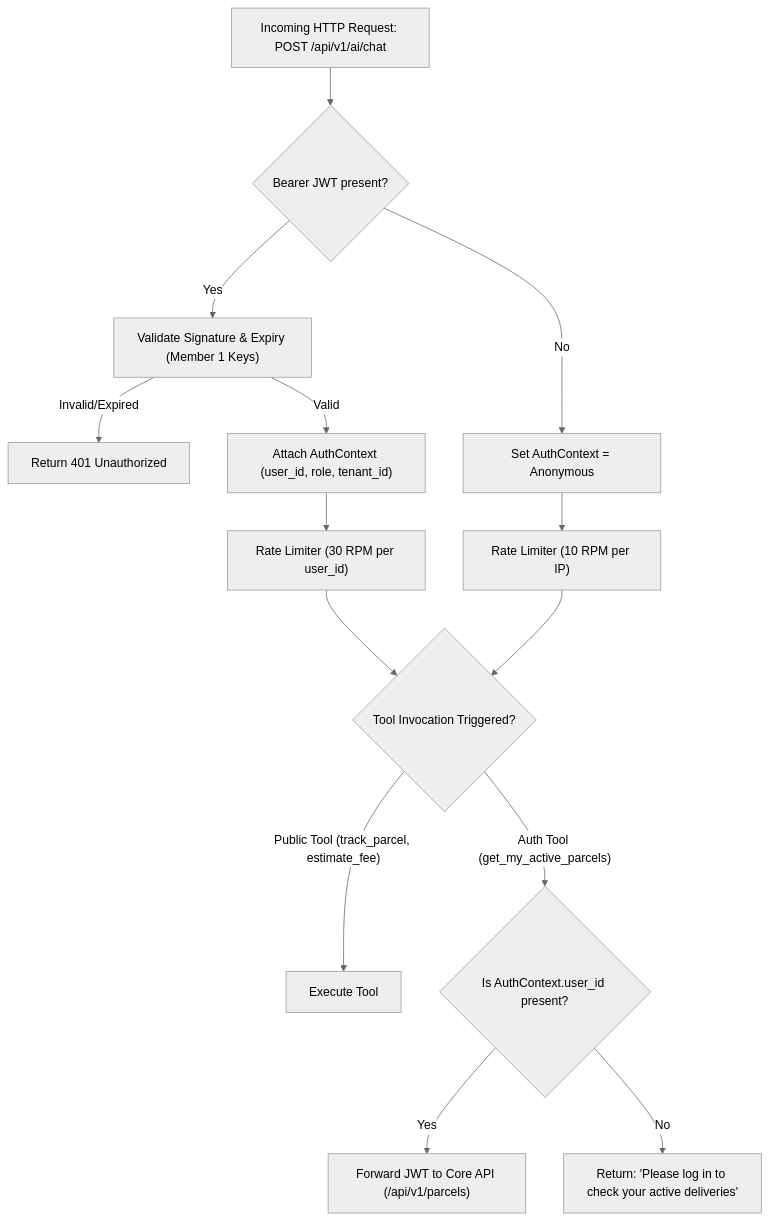
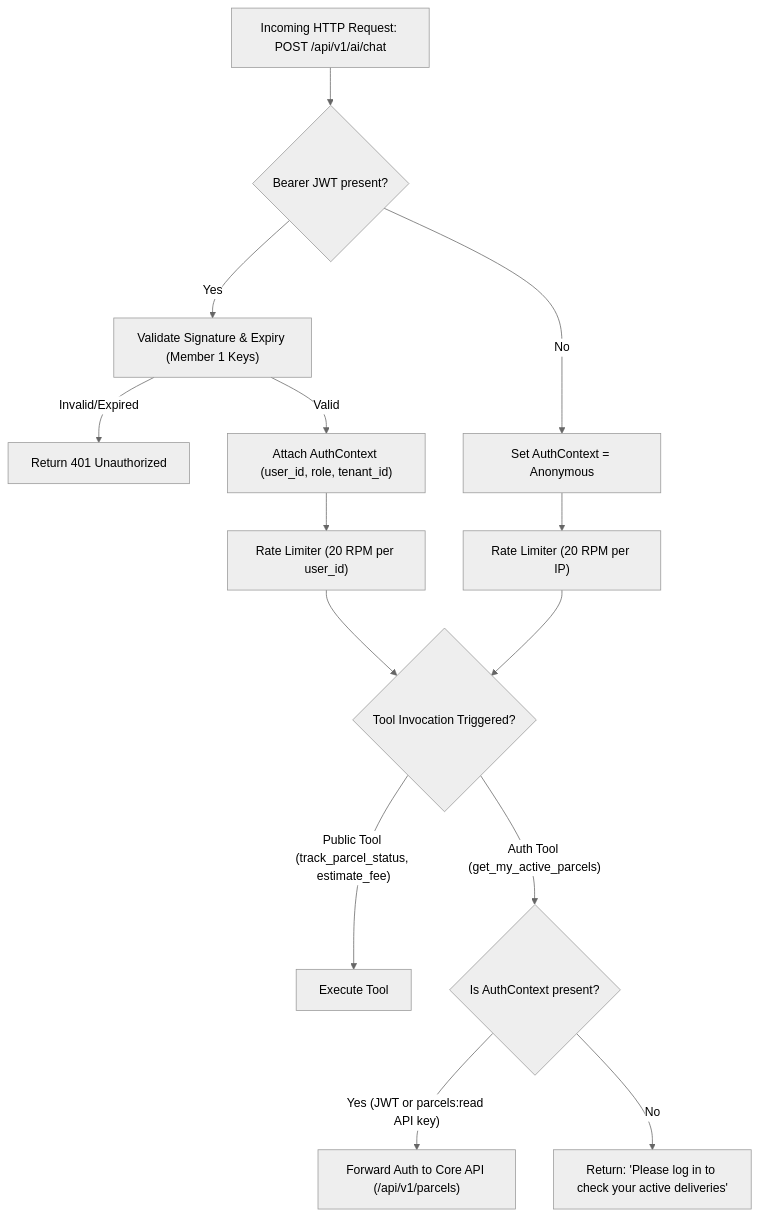
The first of 4 diagrams in docs/drafts/member-10-ai-assistant-quality/doc-07-security-failure-and-recovery.md (phantomTroupeEAD/SwiftDrop), drawn with Mermaid (neutral theme) before and after one commit. The commit also changed other lines of this file and 10 other files, not shown here.

````diff
--- a/docs/drafts/member-10-ai-assistant-quality/doc-07-security-failure-and-recovery.md
+++ b/docs/drafts/member-10-ai-assistant-quality/doc-07-security-failure-and-recovery.md
@@ -22,22 +22,22 @@
 ```mermaid
 flowchart TD
     Req["Incoming HTTP Request: POST /api/v1/ai/chat"] --> CheckJWT{"Bearer JWT present?"}
     
     CheckJWT -- Yes --> ValidateJWT["Validate Signature & Expiry (Member 1 Keys)"]
     ValidateJWT -- Invalid/Expired --> Err401["Return 401 Unauthorized"]
     ValidateJWT -- Valid --> AttachContext["Attach AuthContext (user_id, role, tenant_id)"]
     
     CheckJWT -- No --> AnonContext["Set AuthContext = Anonymous"]
     
-    AttachContext --> RateLimiter["Rate Limiter (30 RPM per user_id)"]
-    AnonContext --> RateLimiterAnon["Rate Limiter (10 RPM per IP)"]
+    AttachContext --> RateLimiter["Rate Limiter (20 RPM per user_id)"]
+    AnonContext --> RateLimiterAnon["Rate Limiter (20 RPM per IP)"]
     
     RateLimiter --> ToolGate{"Tool Invocation Triggered?"}
     RateLimiterAnon --> ToolGate
     
-    ToolGate -- Public Tool (track_parcel, estimate_fee) --> ExecPublic["Execute Tool"]
-    ToolGate -- Auth Tool (get_my_active_parcels) --> CheckUserAuth{"Is AuthContext.user_id present?"}
+    ToolGate -- Public Tool (track_parcel_status, estimate_fee) --> ExecPublic["Execute Tool"]
+    ToolGate -- Auth Tool (get_my_active_parcels) --> CheckUserAuth{"Is AuthContext present?"}
     
-    CheckUserAuth -- Yes --> ForwardJWT["Forward JWT to Core API (/api/v1/parcels)"]
+    CheckUserAuth -- Yes (JWT or parcels:read API key) --> ForwardAuth["Forward Auth to Core API (/api/v1/parcels)"]
     CheckUserAuth -- No --> PromptLogin["Return: 'Please log in to check your active deliveries'"]
 ```
````
